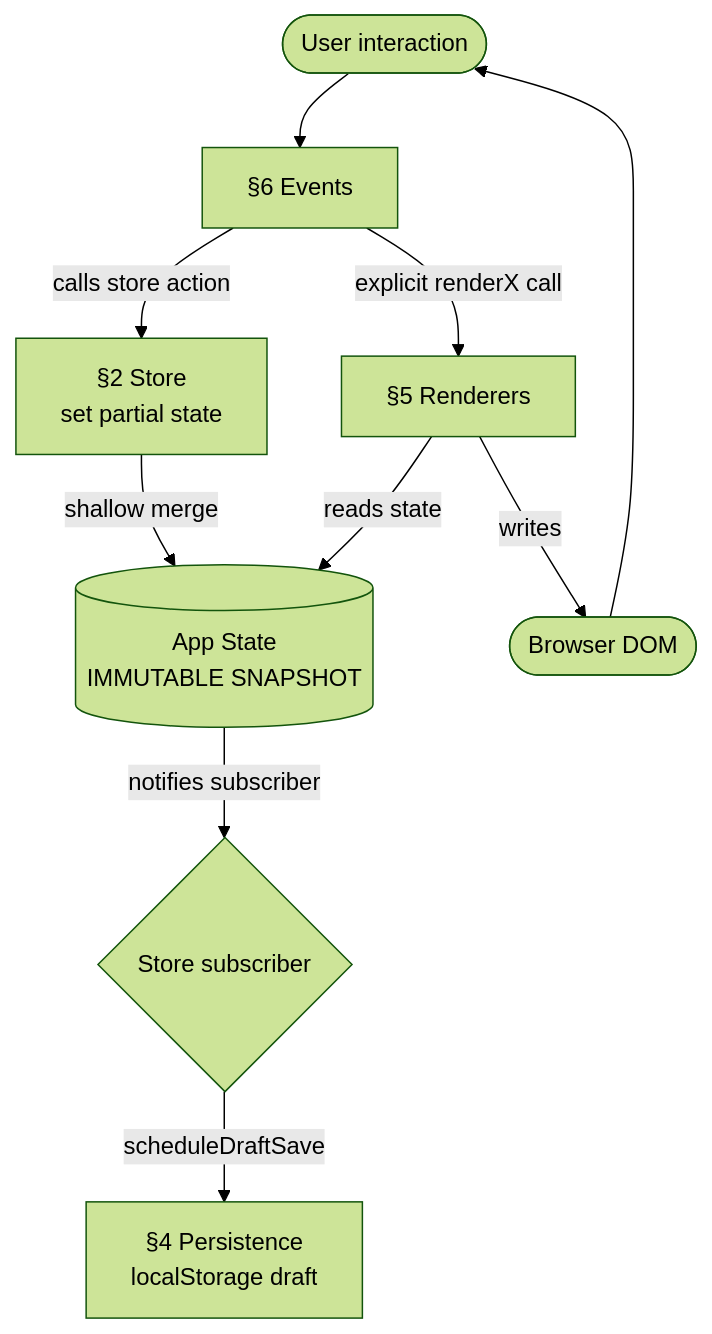
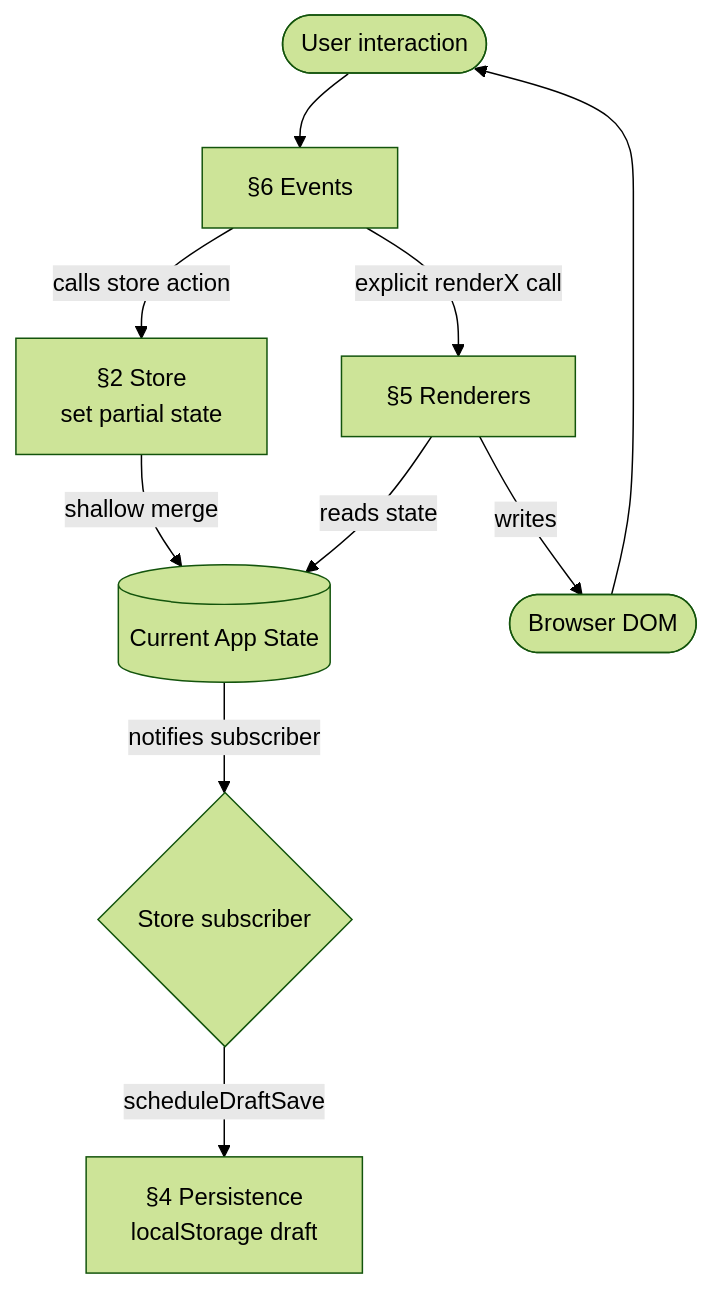
One commit to Mukul-Singhal/Project-Tracker changed the first of 3 diagrams in README.md. Above: the diagram before and after it, drawn with Mermaid (forest theme). The commit also changed other lines of this file and 4 other files, not shown here.

````diff
--- a/README.md
+++ b/README.md
@@ -31,12 +31,12 @@
 ```mermaid
 flowchart TD
     U([User interaction]) --> EV[§6 Events]
     EV -->|calls store action| ST[§2 Store\nset partial state]
-    ST -->|shallow merge| STATE[(App State\nIMMUTABLE SNAPSHOT)]
+    ST -->|shallow merge| STATE[(Current App State)]
     STATE -->|notifies subscriber| SUB{Store subscriber}
     SUB -->|scheduleDraftSave| PS[§4 Persistence\nlocalStorage draft]
     EV -->|explicit renderX call| RN[§5 Renderers]
     RN -->|reads state| STATE
     RN -->|writes| DOM([Browser DOM])
     DOM --> U
 ```
````
